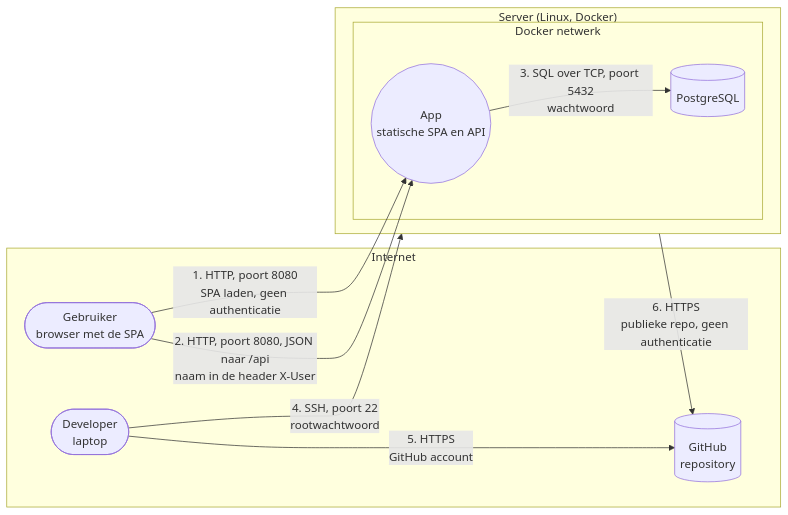
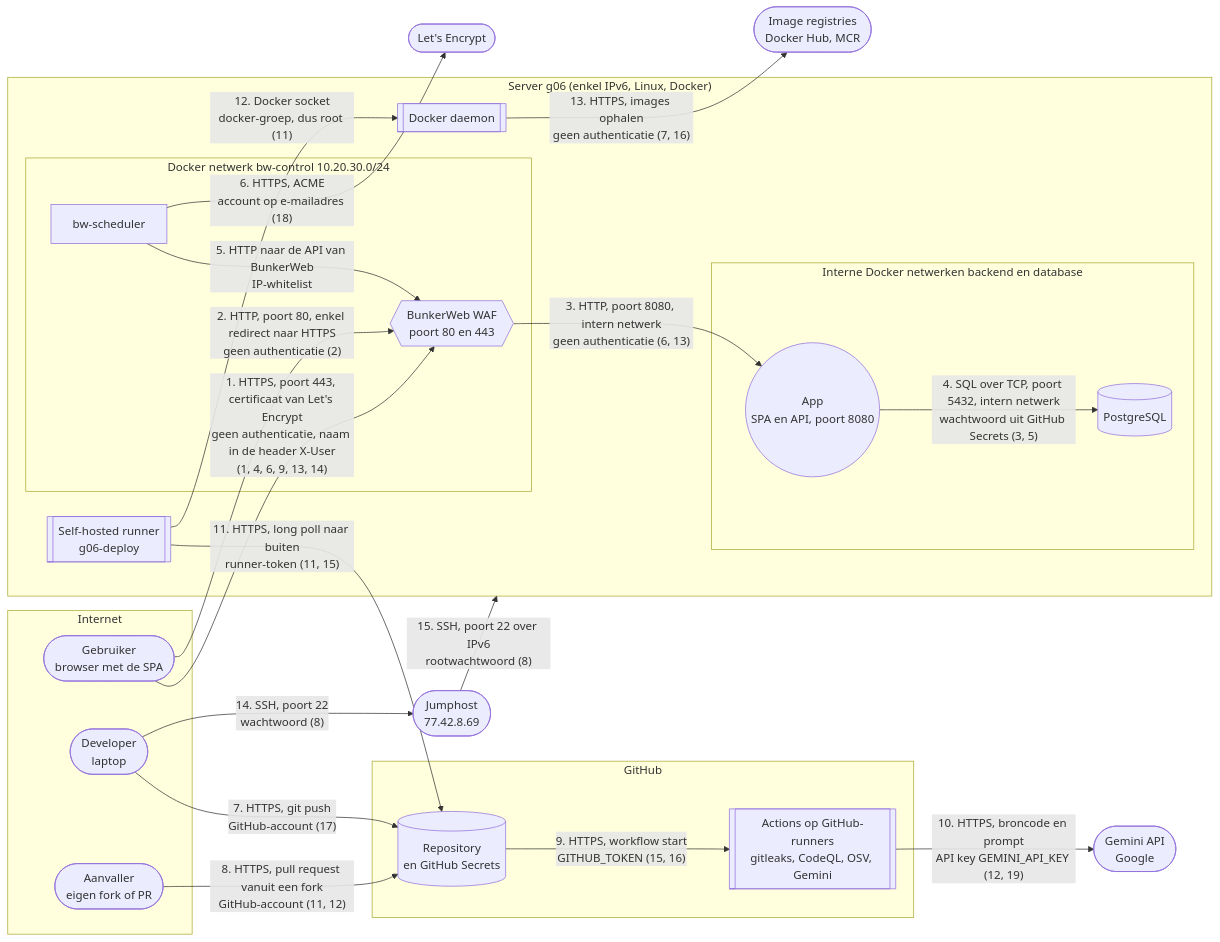
One commit to BlackRaven918/websec-unbreakable-6 changed the diagram in docs/threat-model.md. Above: the diagram before and after it, drawn with Mermaid. The commit also changed other lines of this file and 6 other files, not shown here.

First line of the commit message:
Threat model, redenen bij bevindingen, DB-wachtwoord in secrets

````diff
--- a/docs/threat-model.md
+++ b/docs/threat-model.md
@@ -7,20 +7,43 @@
 ```mermaid
 flowchart LR
   subgraph Internet
     U([Gebruiker<br/>browser met de SPA])
     D([Developer<br/>laptop])
-    GH[(GitHub<br/>repository)]
+    X([Aanvaller<br/>eigen fork of PR])
   end
-  subgraph Server["Server (Linux, Docker)"]
-    subgraph Docker["Docker netwerk"]
-      A((App<br/>statische SPA en API))
+  subgraph GitHub
+    GH[(Repository<br/>en GitHub Secrets)]
+    GA[[Actions op GitHub-runners<br/>gitleaks, CodeQL, OSV, Gemini]]
+  end
+  GEM([Gemini API<br/>Google])
+  LE(["Let's Encrypt"])
+  REG([Image registries<br/>Docker Hub, MCR])
+  JH([Jumphost<br/>77.42.8.69])
+  subgraph Server["Server g06 (enkel IPv6, Linux, Docker)"]
+    R[[Self-hosted runner<br/>g06-deploy]]
+    DK[[Docker daemon]]
+    subgraph BWC["Docker netwerk bw-control 10.20.30.0/24"]
+      BW{{BunkerWeb WAF<br/>poort 80 en 443}}
+      SCH[bw-scheduler]
+    end
+    subgraph Intern["Interne Docker netwerken backend en database"]
+      APP((App<br/>SPA en API, poort 8080))
       DB[(PostgreSQL)]
     end
   end
-  U -- "1. HTTP, poort 8080<br/>SPA laden, geen authenticatie" --> A
-  U -- "2. HTTP, poort 8080, JSON naar /api<br/>naam in de header X-User" --> A
-  A -- "3. SQL over TCP, poort 5432<br/>wachtwoord" --> DB
-  D -- "4. SSH, poort 22<br/>rootwachtwoord" --> Server
-  D -- "5. HTTPS<br/>GitHub account" --> GH
-  Server -- "6. HTTPS<br/>publieke repo, geen authenticatie" --> GH
+  U -- "1. HTTPS, poort 443, certificaat van Let's Encrypt<br/>geen authenticatie, naam in de header X-User<br/>(1, 4, 6, 9, 13, 14)" --> BW
+  U -- "2. HTTP, poort 80, enkel redirect naar HTTPS<br/>geen authenticatie (2)" --> BW
+  BW -- "3. HTTP, poort 8080, intern netwerk<br/>geen authenticatie (6, 13)" --> APP
+  APP -- "4. SQL over TCP, poort 5432, intern netwerk<br/>wachtwoord uit GitHub Secrets (3, 5)" --> DB
+  SCH -- "5. HTTP naar de API van BunkerWeb<br/>IP-whitelist" --> BW
+  SCH -- "6. HTTPS, ACME<br/>account op e-mailadres (18)" --> LE
+  D -- "7. HTTPS, git push<br/>GitHub-account (17)" --> GH
+  X -- "8. HTTPS, pull request vanuit een fork<br/>GitHub-account (11, 12)" --> GH
+  GH -- "9. HTTPS, workflow start<br/>GITHUB_TOKEN (15, 16)" --> GA
+  GA -- "10. HTTPS, broncode en prompt<br/>API key GEMINI_API_KEY (12, 19)" --> GEM
+  R -- "11. HTTPS, long poll naar buiten<br/>runner-token (11, 15)" --> GH
+  R -- "12. Docker socket<br/>docker-groep, dus root (11)" --> DK
+  DK -- "13. HTTPS, images ophalen<br/>geen authenticatie (7, 16)" --> REG
+  D -- "14. SSH, poort 22<br/>wachtwoord (8)" --> JH
+  JH -- "15. SSH, poort 22 over IPv6<br/>rootwachtwoord (8)" --> Server
 ```
````
